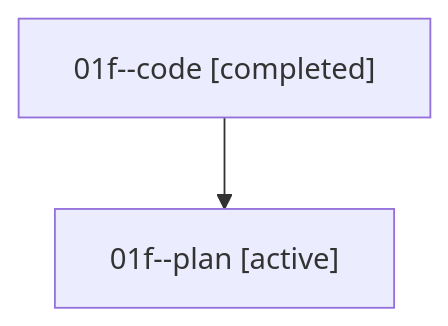
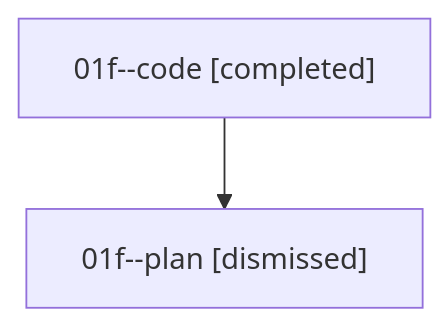
Before and after one commit to sase-org/sase--agents: the diagram in sessions/bbugyi200.athena.01f.md, drawn with Mermaid. The commit also changed other lines of this file and 45 other files, not shown here.

````diff
--- a/sessions/bbugyi200.athena.01f.md
+++ b/sessions/bbugyi200.athena.01f.md
@@ -9,6 +9,6 @@
 ```mermaid
 flowchart TD
   n0["01f--code [completed]"]
-  n1["01f--plan [active]"]
+  n1["01f--plan [dismissed]"]
   n0 --> n1
 ```
````
